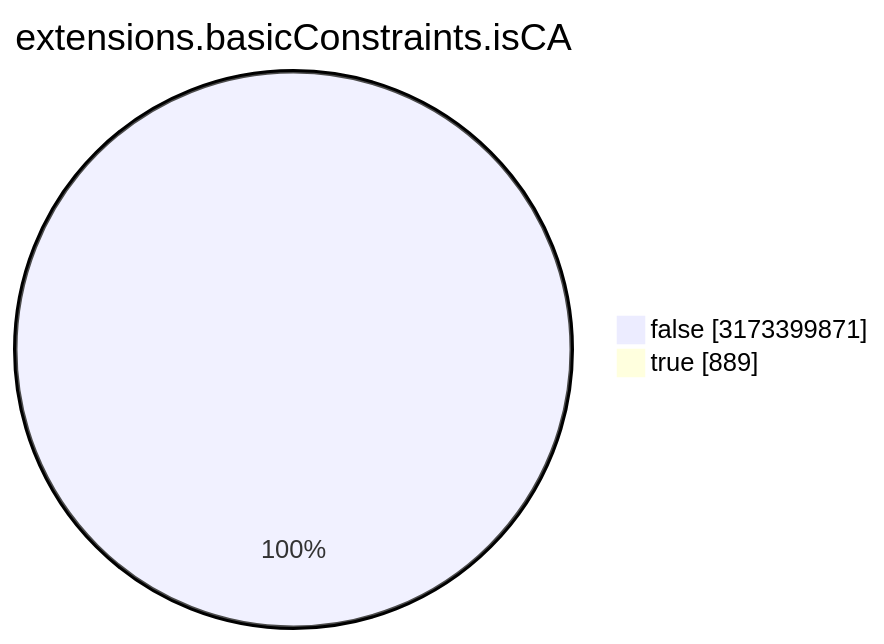
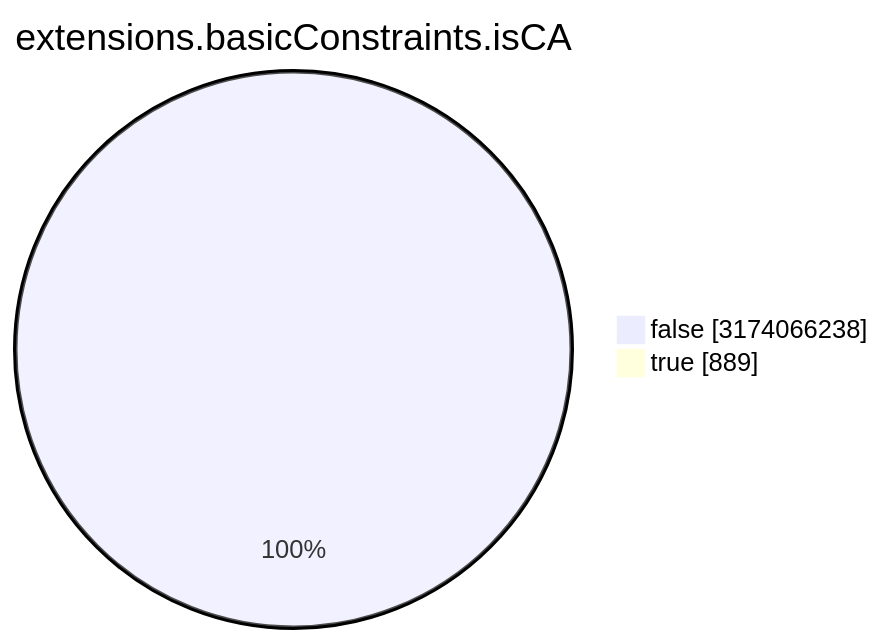
The seventh of 15 diagrams in TOTAL/README.md (christiankrug/ctmonitor_visualization), drawn with Mermaid before and after one commit. The commit also changed other lines of this file, not shown here.

````diff
--- a/TOTAL/README.md
+++ b/TOTAL/README.md
@@ -3088,6 +3088,6 @@
 ```mermaid
 pie showData
 title extensions.basicConstraints.isCA
-"false" :3173399871
+"false" :3174066238
 "true" :889
 ```
````
